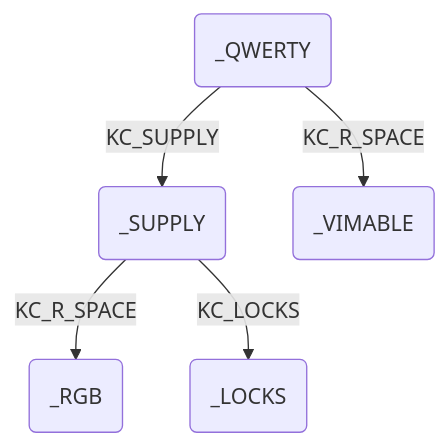
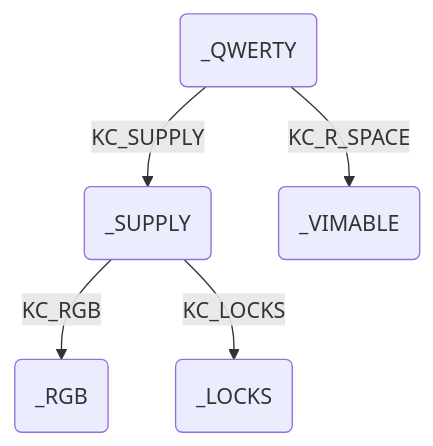
The diagram in keyboards/yandrstudio/wired/whitemouse69pro/keymaps/LoliPain/readme.md (LoliPain/qmk_firmware), drawn with Mermaid before and after one commit.

Commit message:
correspond readme for rgb switching

````diff
--- a/keyboards/yandrstudio/wired/whitemouse69pro/keymaps/LoliPain/readme.md
+++ b/keyboards/yandrstudio/wired/whitemouse69pro/keymaps/LoliPain/readme.md
@@ -8,7 +8,7 @@
 ```mermaid
 graph TD;
     q(_QWERTY)--KC_SUPPLY-->s(_SUPPLY);
     q--KC_R_SPACE-->v(_VIMABLE)
-    s--KC_R_SPACE-->r(_RGB);
+    s--KC_RGB-->r(_RGB);
     s--KC_LOCKS-->l(_LOCKS);
 ```
````
